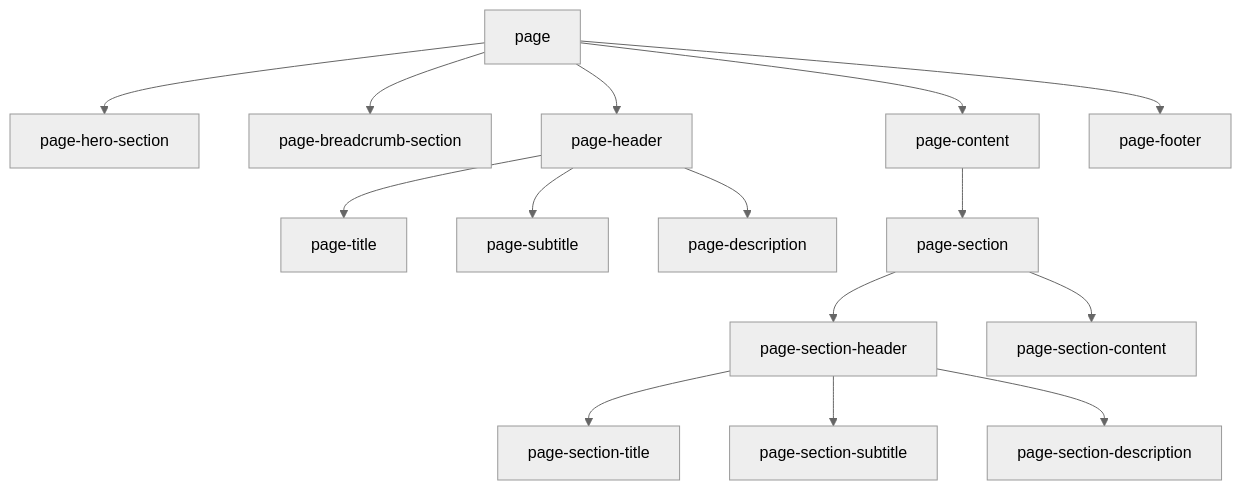
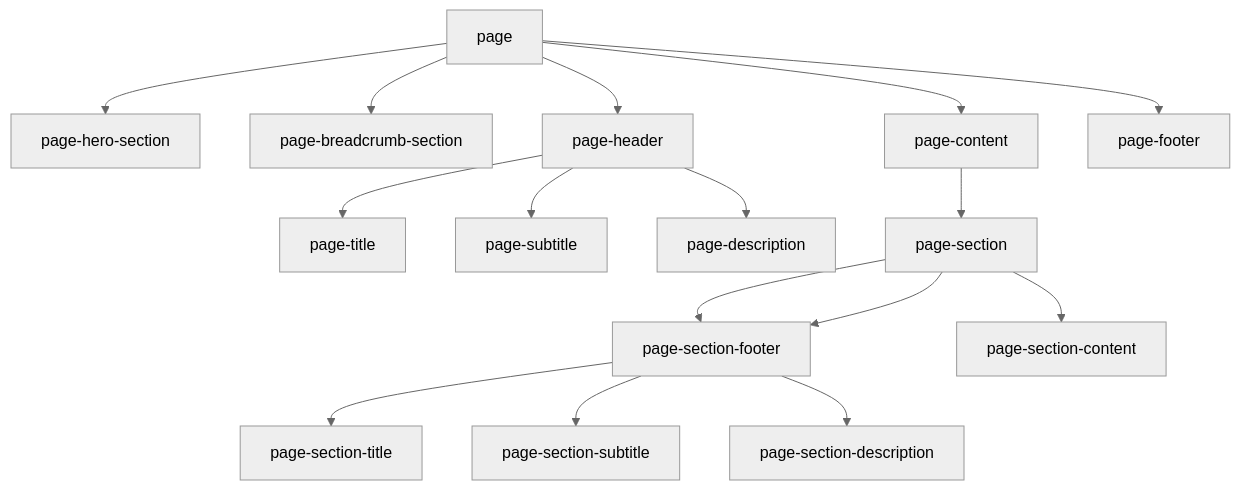
The diagram in libs/ui/src/lib/components/page/page-structure.md (gridatek/semantic-components), drawn with Mermaid (neutral theme) before and after one commit. The commit also changed 17 other files, not shown here.

````diff
--- a/libs/ui/src/lib/components/page/page-structure.md
+++ b/libs/ui/src/lib/components/page/page-structure.md
@@ -3,18 +3,19 @@
 ```mermaid
 flowchart TD
   A[page]
   A --> B[page-hero-section]
   A --> G[page-breadcrumb-section]
   A --> C[page-header]
   C --> C1[page-title]
   C --> C2[page-subtitle]
   C --> C3[page-description]
   A --> D[page-content]
   D --> E[page-section]
   E --> E1[page-section-header]
   E1 --> E1a[page-section-title]
   E1 --> E1b[page-section-subtitle]
   E1 --> E1c[page-section-description]
   E --> E2[page-section-content]
+  E --> E1[page-section-footer]
   A --> F[page-footer]
 ```
````
